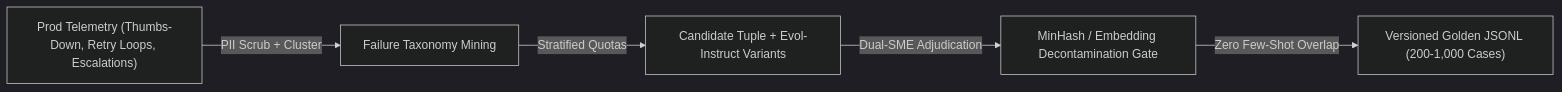
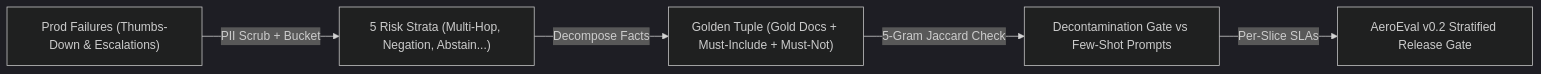
The diagram in knowledgebase/06-ai-engineering-qa-focused/02-golden-dataset-engineering-and-stratification.md (manjunathk833/codingforinterviews), drawn with Mermaid (dark theme) before and after one commit. The commit also changed other lines of this file and 55 other files, not shown here.

````diff
--- a/knowledgebase/06-ai-engineering-qa-focused/02-golden-dataset-engineering-and-stratification.md
+++ b/knowledgebase/06-ai-engineering-qa-focused/02-golden-dataset-engineering-and-stratification.md
@@ -70,7 +105,7 @@
 ```mermaid
 flowchart LR
-  Logs["Prod Telemetry (Thumbs-Down, Retry Loops, Escalations)"] -->|PII Scrub + Cluster| Mine["Failure Taxonomy Mining"]
-  Mine -->|Stratified Quotas| Draft["Candidate Tuple + Evol-Instruct Variants"]
-  Draft -->|Dual-SME Adjudication| Decon["MinHash / Embedding Decontamination Gate"]
-  Decon -->|Zero Few-Shot Overlap| Gold["Versioned Golden JSONL (200-1,000 Cases)"]
+  Logs["Prod Failures (Thumbs-Down & Escalations)"] -->|PII Scrub + Bucket| Mine["5 Risk Strata (Multi-Hop, Negation, Abstain...)"]
+  Mine -->|Decompose Facts| Tuple["Golden Tuple (Gold Docs + Must-Include + Must-Not)"]
+  Tuple -->|5-Gram Jaccard Check| Decon["Decontamination Gate vs Few-Shot Prompts"]
+  Decon -->|Per-Slice SLAs| Gate["AeroEval v0.2 Stratified Release Gate"]
 ```
````
